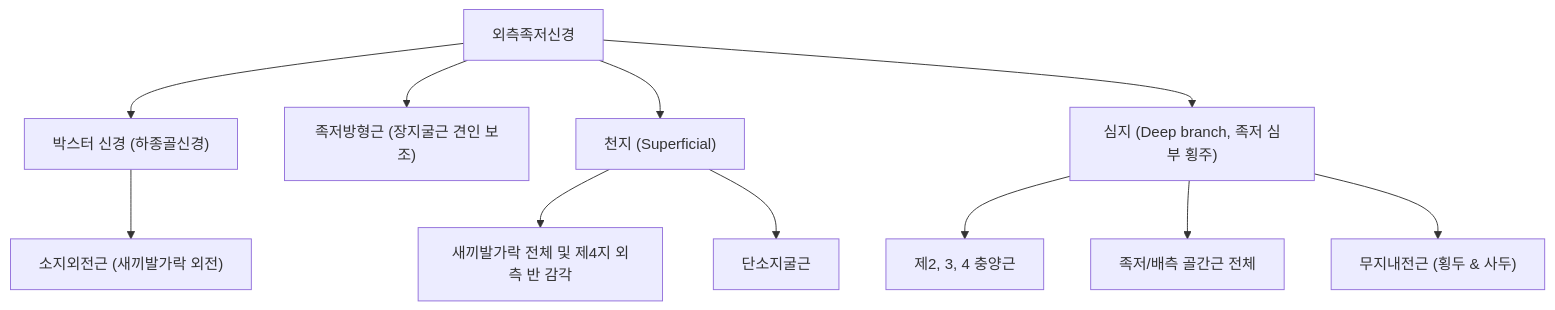
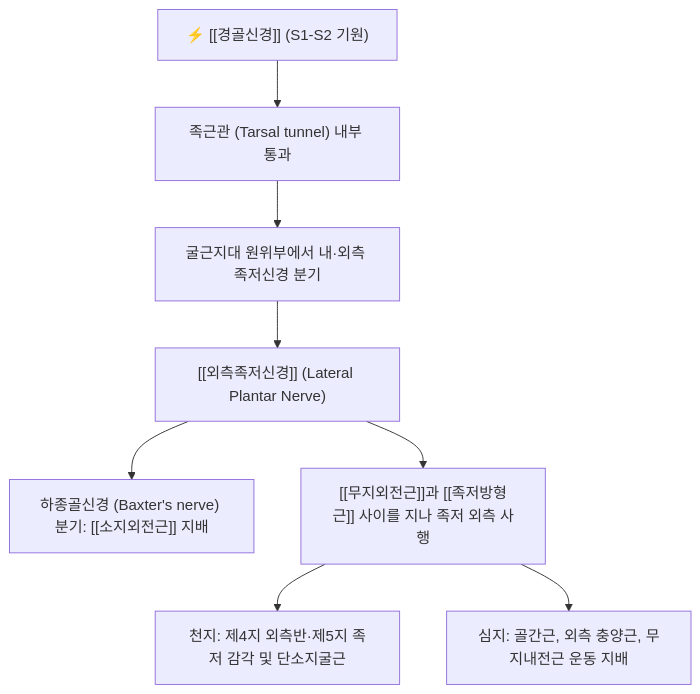
Before and after one commit to simbio11/simbio-digital-garden2: the diagram in content/1. 근골격계 공부/신경/06_천골신경총_하지후방/외측족저신경.md, drawn with Mermaid. The commit also changed other lines of this file and 151 other files, not shown here.

````diff
--- a/content/1. 근골격계 공부/신경/06_천골신경총_하지후방/외측족저신경.md
+++ b/content/1. 근골격계 공부/신경/06_천골신경총_하지후방/외측족저신경.md
@@ -38,13 +26,10 @@
 ```mermaid
 graph TD
-    LPN["외측족저신경"] --> Baxter["박스터 신경 (하종골신경)"]
-    Baxter --> AbductorDM["소지외전근 (새끼발가락 외전)"]
-    LPN --> TrunkMotor["족저방형근 (장지굴근 견인 보조)"]
-    LPN --> Superficial["천지 (Superficial)"]
-    Superficial --> Sens5["새끼발가락 전체 및 제4지 외측 반 감각"]
-    Superficial --> Motor5["단소지굴근"]
-    LPN --> Deep["심지 (Deep branch, 족저 심부 횡주)"]
-    Deep --> Lumbricals["제2, 3, 4 충양근"]
-    Deep --> Interossei["족저/배측 골간근 전체"]
-    Deep --> AddH["무지내전근 (횡두 & 사두)"]
+    Tibial["⚡ [[경골신경]] (S1-S2 기원)"] --> TarsalTunnel["족근관 (Tarsal tunnel) 내부 통과"]
+    TarsalTunnel --> Split["굴근지대 원위부에서 내·외측 족저신경 분기"]
+    Split --> LPNTrunk["[[외측족저신경]] (Lateral Plantar Nerve)"]
+    LPNTrunk --> Baxter["하종골신경 (Baxter's nerve) 분기: [[소지외전근]] 지배"]
+    LPNTrunk --> DeepCourse["[[무지외전근]]과 [[족저방형근]] 사이를 지나 족저 외측 사행"]
+    DeepCourse --> SuperficialBranch["천지: 제4지 외측반·제5지 족저 감각 및 단소지굴근"]
+    DeepCourse --> DeepBranch["심지: 골간근, 외측 충양근, 무지내전근 운동 지배"]
 ```
````
